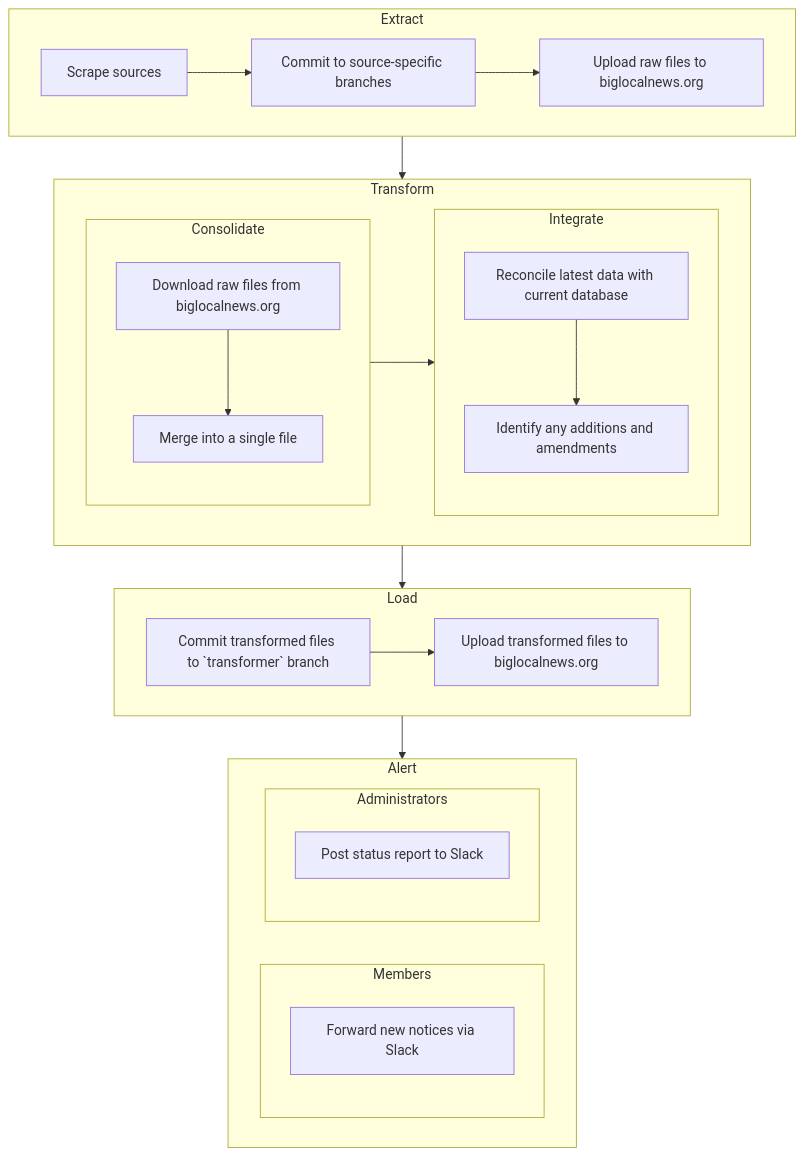
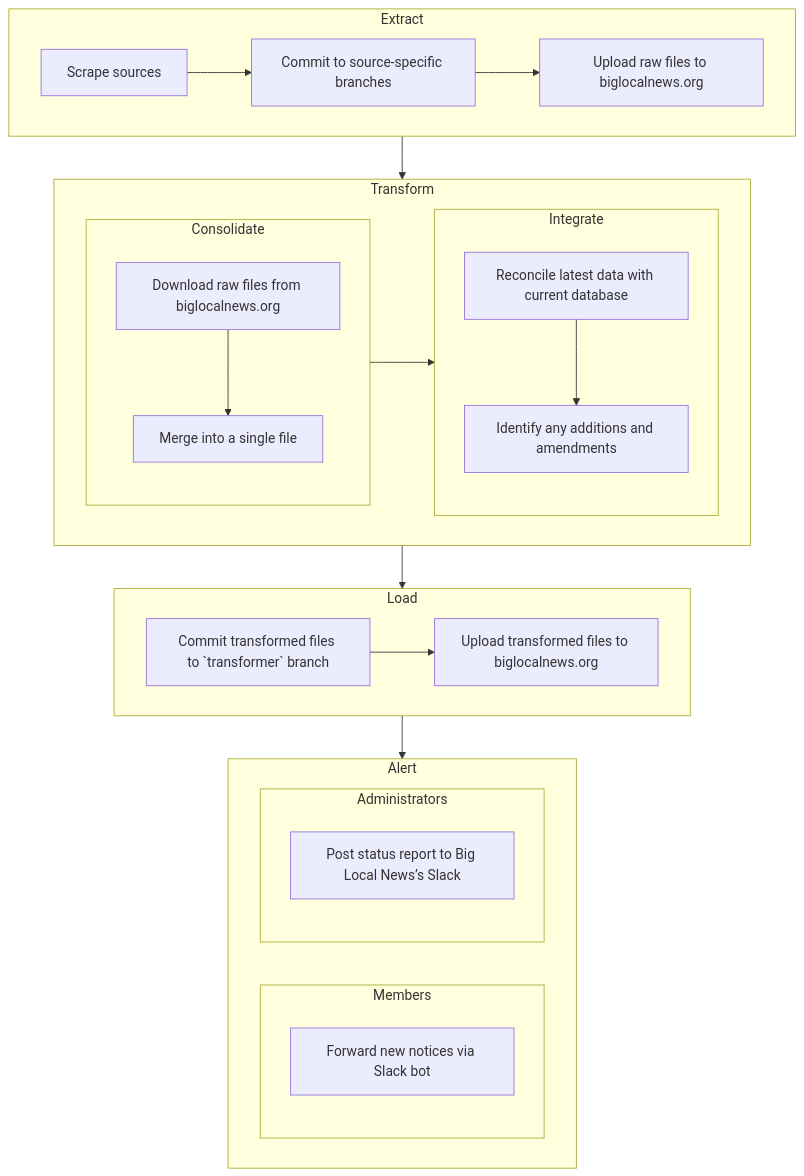
Before and after one commit to biglocalnews/warn-github-flow: the diagram in README.md, drawn with Mermaid.

````diff
--- a/README.md
+++ b/README.md
@@ -12,31 +12,31 @@
 ```mermaid
 flowchart TB
     subgraph Extract
     A[Scrape sources] --> B[Commit to source-specific branches]
     B --> C[Upload raw files to biglocalnews.org]
     end
     subgraph Transform
     subgraph Consolidate
     D[Download raw files from biglocalnews.org] --> E[Merge into a single file]
     end
     subgraph Integrate
         F[Reconcile latest data with current database]
         F --> G[Identify any additions and amendments]
     end
     end
     subgraph Load
     H[Commit transformed files to `transformer` branch] --> I[Upload transformed files to biglocalnews.org]
     end
     subgraph Alert
     subgraph Members
-    L[Forward new notices via Slack]
+    L[Forward new notices via Slack bot]
     end
     subgraph Administrators
-    J[Post status report to Slack]
+    J[Post status report to Big Local News’s Slack]
     end
     end
     Extract --> Transform
     Consolidate --> Integrate
     Transform --> Load
     Load --> Alert
 ```
````
